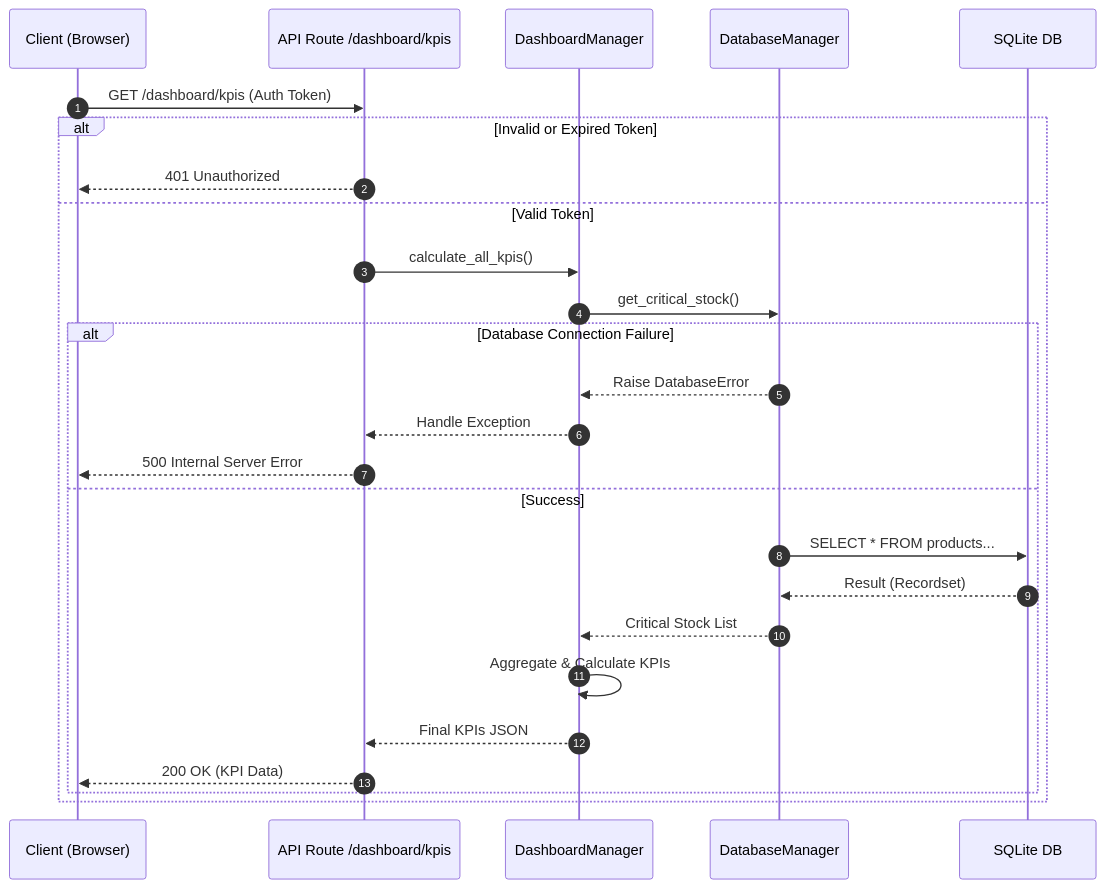
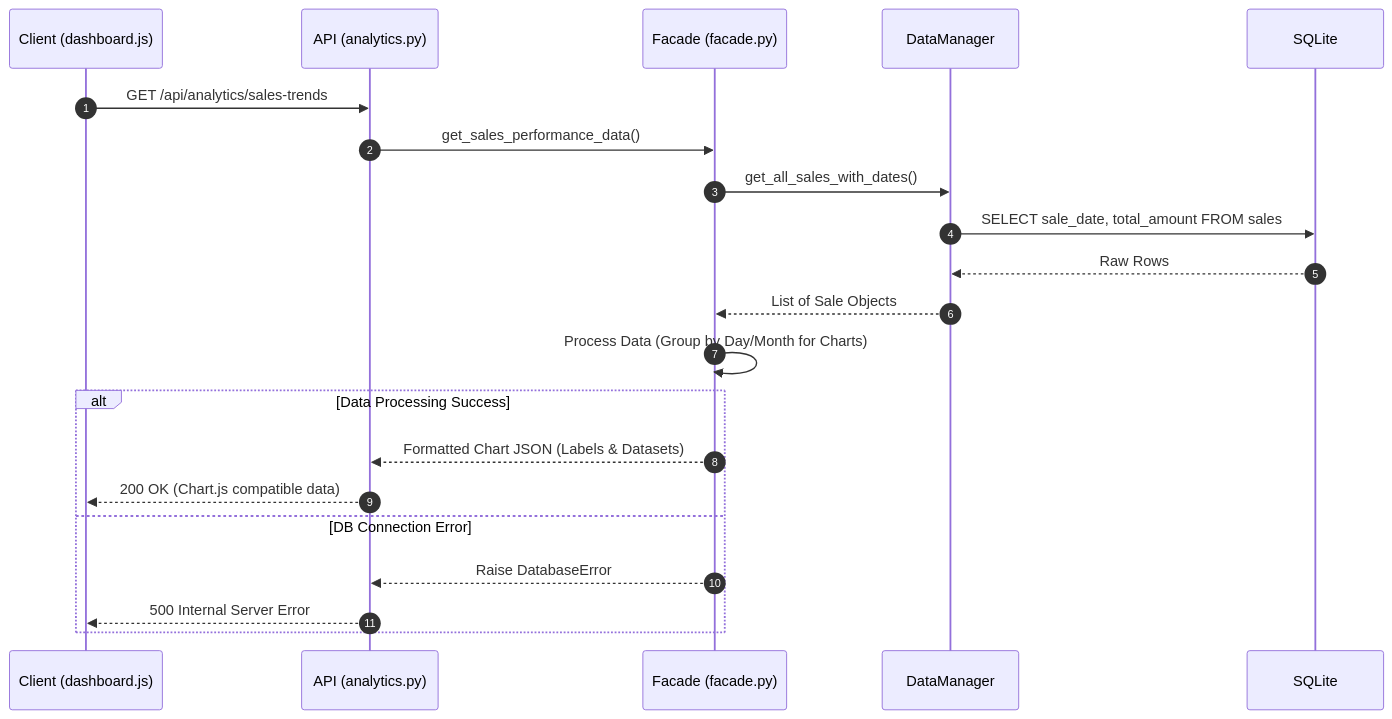
Before and after one commit to Mathieu7483/Portfolio: the second of 3 diagrams in documentation.md, drawn with Mermaid. The commit also changed other lines of this file, not shown here.

First line of the commit message:
Revise and update Pharma Dashboard API documentation

````diff
--- a/documentation.md
+++ b/documentation.md
@@ -83,31 +77,26 @@
 ```mermaid
 sequenceDiagram
     autonumber
-    participant C as Client (Browser)
-    participant R as API Route /dashboard/kpis
-    participant DM as DashboardManager
-    participant DBM as DatabaseManager
-    participant DB as SQLite DB
+    participant C as Client (dashboard.js)
+    participant A as API (analytics.py)
+    participant F as Facade (facade.py)
+    participant DM as DataManager
+    participant DB as SQLite
 
-    C->>R: GET /dashboard/kpis (Auth Token)
+    C->>A: GET /api/analytics/sales-trends
+    A->>F: get_sales_performance_data()
+    F->>DM: get_all_sales_with_dates()
+    DM->>DB: SELECT sale_date, total_amount FROM sales
+    DB-->>DM: Raw Rows
+    DM-->>F: List of Sale Objects
+    F->>F: Process Data (Group by Day/Month for Charts)
     
-    alt Invalid or Expired Token
-        R-->>C: 401 Unauthorized
-    else Valid Token
-        R->>DM: calculate_all_kpis()
-        DM->>DBM: get_critical_stock()
-        
-        alt Database Connection Failure
-            DBM-->>DM: Raise DatabaseError
-            DM-->>R: Handle Exception
-            R-->>C: 500 Internal Server Error
-        else Success
-            DBM->>DB: SELECT * FROM products...
-            DB-->>DBM: Result (Recordset)
-            DBM-->>DM: Critical Stock List
-            DM->>DM: Aggregate & Calculate KPIs
-            DM-->>R: Final KPIs JSON
-            R-->>C: 200 OK (KPI Data)
-        end
+    alt Data Processing Success
+        F-->>A: Formatted Chart JSON (Labels & Datasets)
+        A-->>C: 200 OK (Chart.js compatible data)
+    else DB Connection Error
+        F-->>A: Raise DatabaseError
+        A-->>C: 500 Internal Server Error
     end
+
 ```
````
